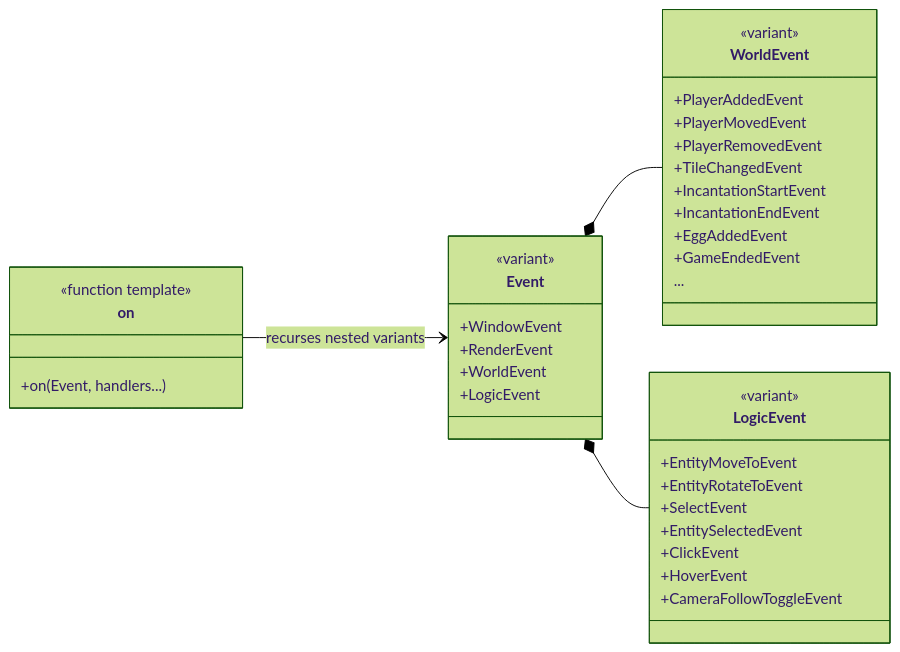
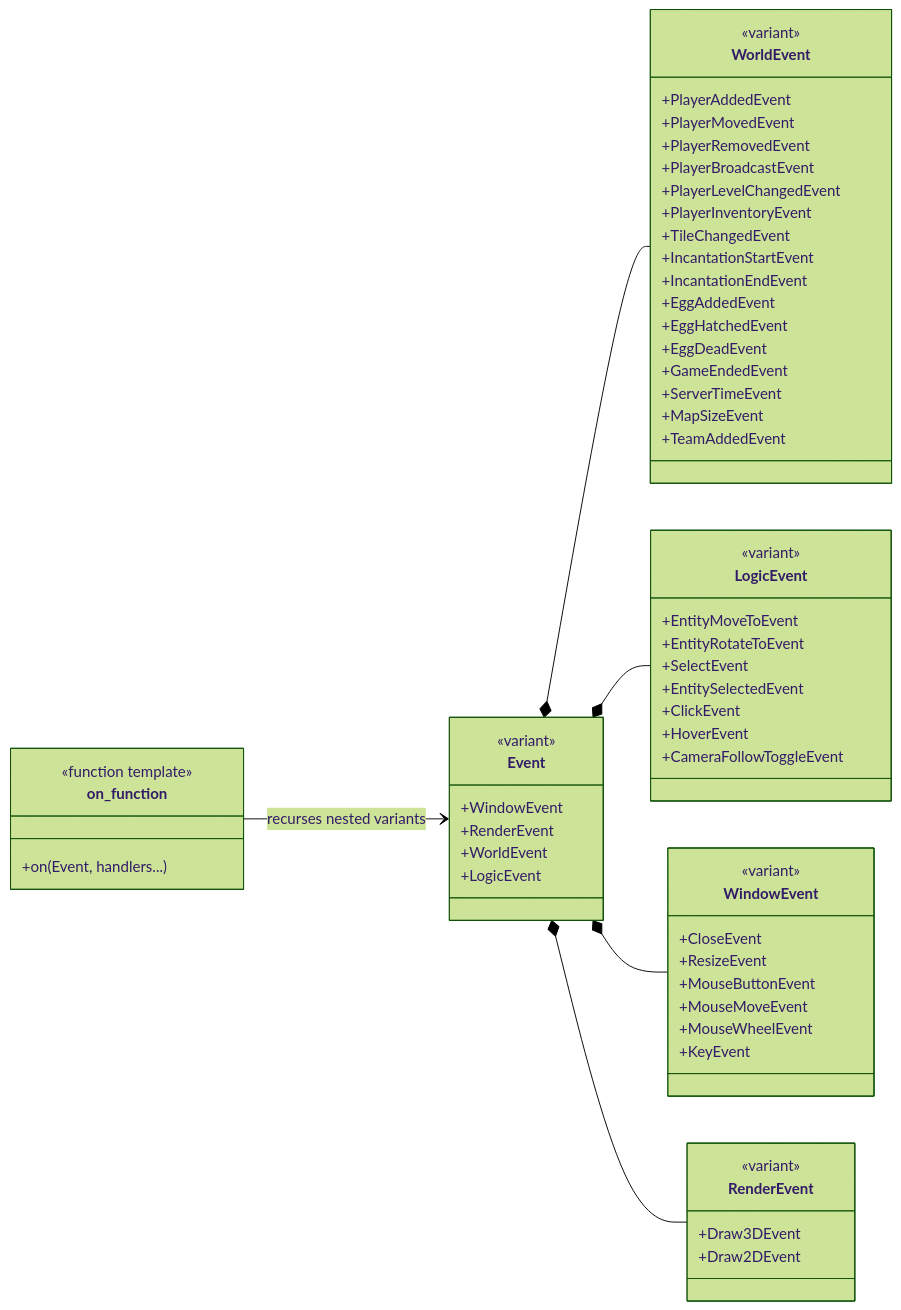
Diagram 11 of 15 in gui/docs/CLASS_DIAGRAM.md (Saitamadupauvre/zappy), drawn with Mermaid (forest theme) before and after one commit. The commit also changed other lines of this file and 142 other files, not shown here.

````diff
--- a/gui/docs/CLASS_DIAGRAM.md
+++ b/gui/docs/CLASS_DIAGRAM.md
@@ -271,45 +1081,70 @@
 ```mermaid
 classDiagram
     direction LR
 
     class Event {
         <<variant>>
         +WindowEvent
         +RenderEvent
         +WorldEvent
         +LogicEvent
     }
 
     class WorldEvent {
         <<variant>>
         +PlayerAddedEvent
         +PlayerMovedEvent
         +PlayerRemovedEvent
+        +PlayerBroadcastEvent
+        +PlayerLevelChangedEvent
+        +PlayerInventoryEvent
         +TileChangedEvent
         +IncantationStartEvent
         +IncantationEndEvent
         +EggAddedEvent
+        +EggHatchedEvent
+        +EggDeadEvent
         +GameEndedEvent
-        ...
+        +ServerTimeEvent
+        +MapSizeEvent
+        +TeamAddedEvent
     }
 
     class LogicEvent {
         <<variant>>
         +EntityMoveToEvent
         +EntityRotateToEvent
         +SelectEvent
         +EntitySelectedEvent
         +ClickEvent
         +HoverEvent
         +CameraFollowToggleEvent
     }
 
-    class on {
+    class WindowEvent {
+        <<variant>>
+        +CloseEvent
+        +ResizeEvent
+        +MouseButtonEvent
+        +MouseMoveEvent
+        +MouseWheelEvent
+        +KeyEvent
+    }
+
+    class RenderEvent {
+        <<variant>>
+        +Draw3DEvent
+        +Draw2DEvent
+    }
+
+    class on_function {
         <<function template>>
         +on(Event, handlers...)
     }
 
     Event *-- WorldEvent
     Event *-- LogicEvent
-    on --> Event : recurses nested variants
+    Event *-- WindowEvent
+    Event *-- RenderEvent
+    on_function --> Event : recurses nested variants
 ```
````
